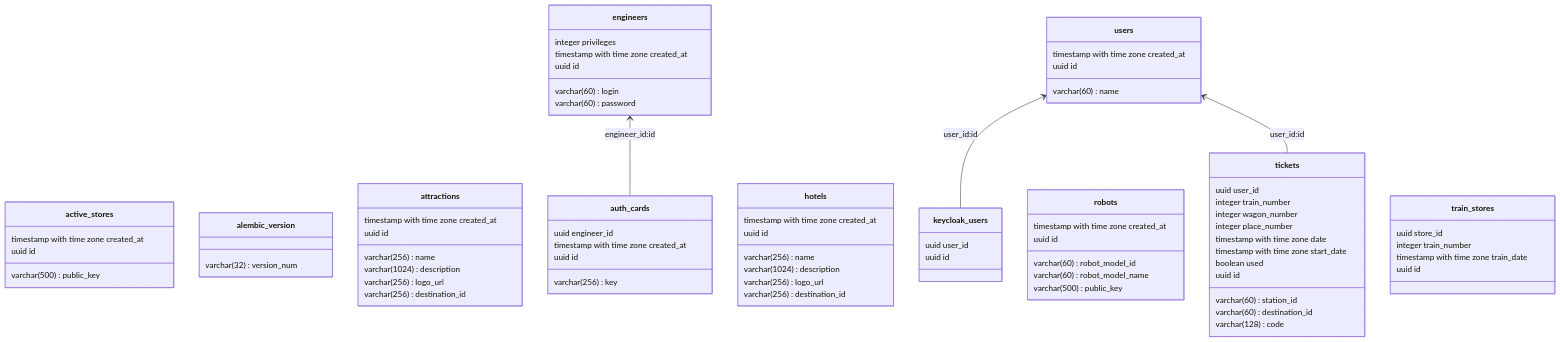
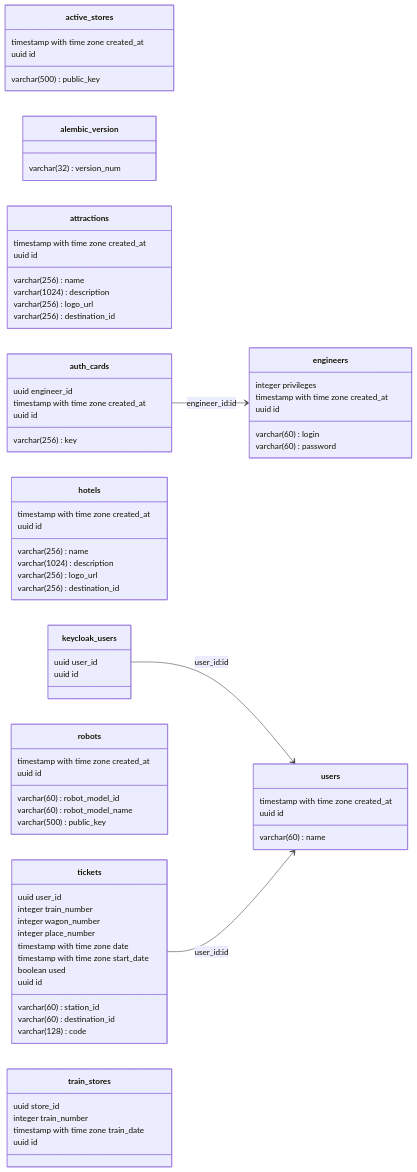
One commit to NikshetSteh/TransportationEngineers changed the second of 10 diagrams in Docs/RU/README.md. Above: the diagram before and after it, drawn with Mermaid. The commit also changed other lines of this file, not shown here.

````diff
--- a/Docs/RU/README.md
+++ b/Docs/RU/README.md
@@ -76,80 +76,80 @@
 ```mermaid
 classDiagram
-    direction BT
+    direction LR
     class active_stores {
         varchar(500) public_key
         timestamp with time zone created_at
         uuid id
     }
     class alembic_version {
         varchar(32) version_num
     }
     class attractions {
         varchar(256) name
         varchar(1024) description
         varchar(256) logo_url
         varchar(256) destination_id
         timestamp with time zone created_at
         uuid id
     }
     class auth_cards {
         uuid engineer_id
         varchar(256) key
         timestamp with time zone created_at
         uuid id
     }
     class engineers {
         varchar(60) login
         varchar(60) password
         integer privileges
         timestamp with time zone created_at
         uuid id
     }
     class hotels {
         varchar(256) name
         varchar(1024) description
         varchar(256) logo_url
         varchar(256) destination_id
         timestamp with time zone created_at
         uuid id
     }
     class keycloak_users {
         uuid user_id
         uuid id
     }
     class robots {
         varchar(60) robot_model_id
         varchar(60) robot_model_name
         varchar(500) public_key
         timestamp with time zone created_at
         uuid id
     }
     class tickets {
         uuid user_id
         integer train_number
         integer wagon_number
         integer place_number
         timestamp with time zone date
         varchar(60) station_id
         varchar(60) destination_id
         timestamp with time zone start_date
         varchar(128) code
         boolean used
         uuid id
     }
     class train_stores {
         uuid store_id
         integer train_number
         timestamp with time zone train_date
         uuid id
     }
     class users {
         varchar(60) name
         timestamp with time zone created_at
         uuid id
     }
 
     auth_cards --> engineers: engineer_id&#58id
     keycloak_users --> users: user_id&#58id
     tickets --> users: user_id&#58id
 ```
````
